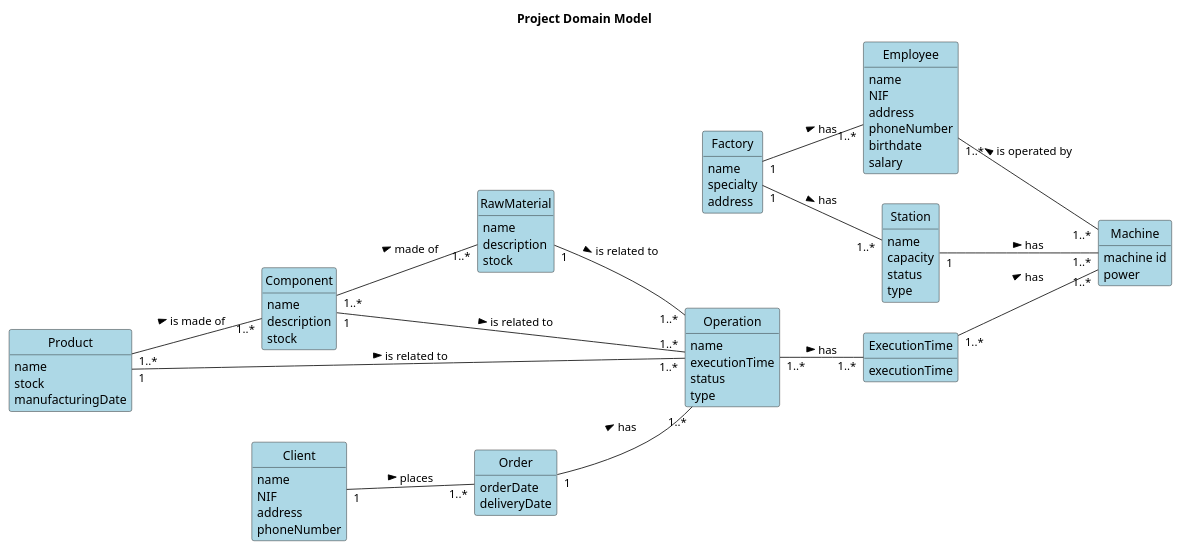
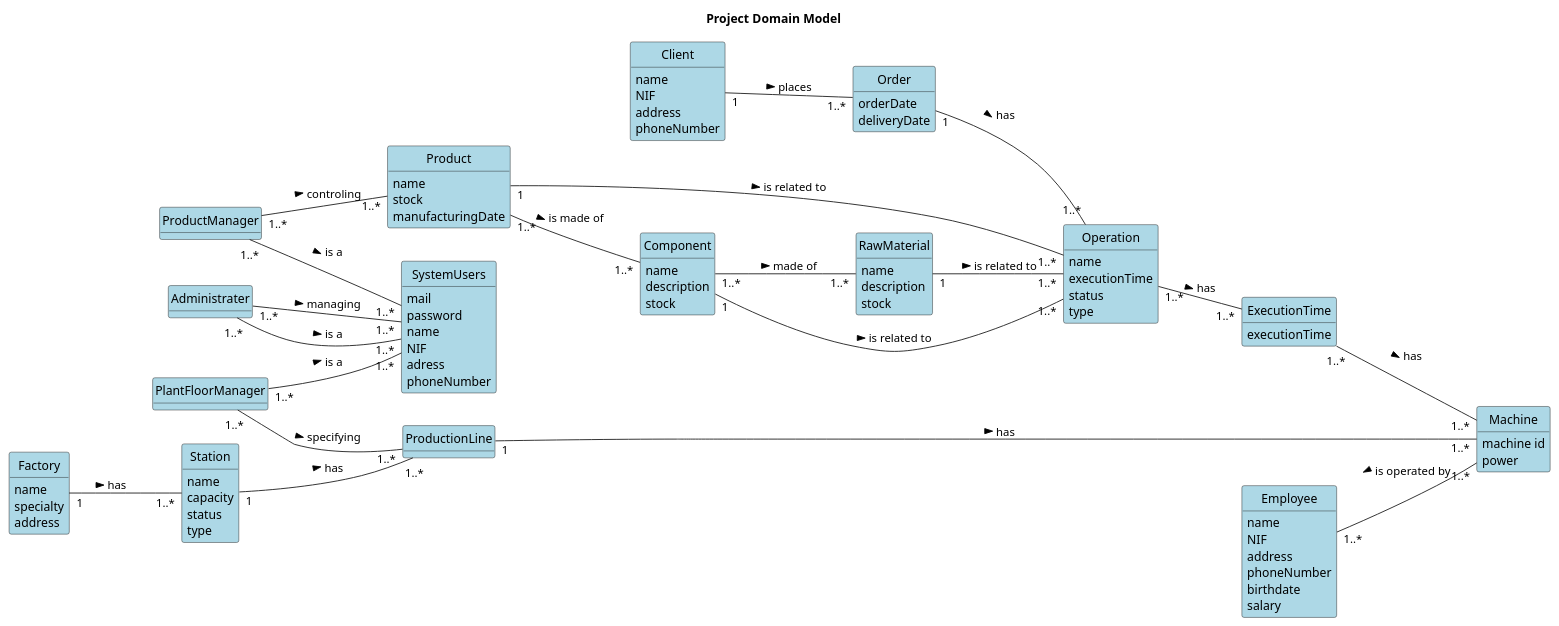
Before and after one commit to ricardomm7/buildflow: the diagram in others/documentation/global-artifacts/domain-model.puml, drawn with PlantUML.

Commit message:
Project domain model updated with more relations. #32 #97 #98 #99
mudei o domain acrescentei 3 classe ProductManager administrater e plantfloormanager e liguei-os ao systemusers

```diff
--- a/others/documentation/global-artifacts/domain-model.puml
+++ b/others/documentation/global-artifacts/domain-model.puml
@@ -1,97 +1,120 @@
 @startuml
 skinparam classBackgroundColor #ADD8E6
 skinparam packageStyle rectangle
 skinparam shadowing false
 skinparam classAttributeIconSize 0
 hide circle
 hide methods
 left to right direction
 
 title Project Domain Model
 
+class ProductionLine{
 
+}
+class Administrater{
 
+}
+class SystemUsers{
+    mail
+    password
+    name
+    NIF
+    adress
+    phoneNumber
+}
+class PlantFloorManager{
+
+}
+class ProductManager{
+
+}
 class ExecutionTime{
     executionTime
 }
 class RawMaterial {
     name
     description
     stock
 }
 
 class Product {
     name
     stock
     manufacturingDate
 }
 
 class Component {
     name
     description
     stock
 }
 
 class Machine {
     machine id
     power
 }
 
 class Employee {
     name
     NIF
     address
     phoneNumber
     birthdate
     salary
 }
 
 class Operation {
     name
     executionTime
     status
     type
 }
 
 class Station {
     name
     capacity
     status
     type
 }
 
 class Factory {
     name
     specialty
     address
 }
 
 class Order {
     orderDate
     deliveryDate
 }
 
 class Client {
     name
     NIF
     address
     phoneNumber
 }
 
-
+Administrater"1..*" -- "1..*" SystemUsers: is a >
+ProductManager"1..*" -- "1..*" SystemUsers: is a >
+PlantFloorManager"1..*" -- "1..*" SystemUsers: is a >
+Administrater"1..*" -- "1..*" SystemUsers: managing >
+PlantFloorManager"1..*" -- "1..*" ProductionLine: specifying >
+ProductionLine "1" -- "1..*" Machine: has >
+ProductManager "1..*" -- "1..*" Product: controling >
 Component "1..*" -- "1..*" RawMaterial: made of >
 Product "1..*" -- "1..*" Component : is made of >
 Component "1" -- "1..*" Operation : is related to >
 RawMaterial "1" -- "1..*" Operation : is related to >
 Product "1" -- "1..*" Operation : is related to >
 Order "1" -- "1..*" Operation : has >
 'assumindo que não existem encomendas iguais
 Client "1" -- "1..*" Order : places >
 ExecutionTime "1..*" -- "1..*" Machine : has >
 Operation "1..*" -- "1..*" ExecutionTime : has >
 Employee "1..*" -- "1..*" Machine : is operated by <
-Station "1" -- "1..*" Machine : has >
+Station "1" -- "1..*" ProductionLine : has >
 Factory "1" -- "1..*" Station : has >
-Factory "1" -- "1..*" Employee : has >
 
 @enduml
```
